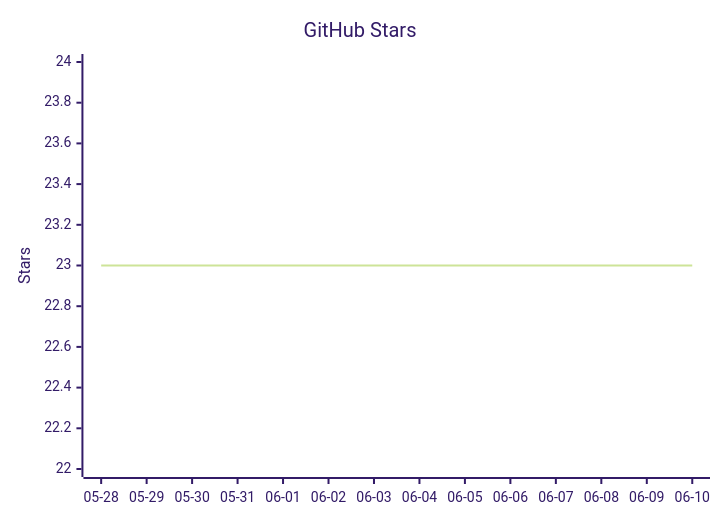
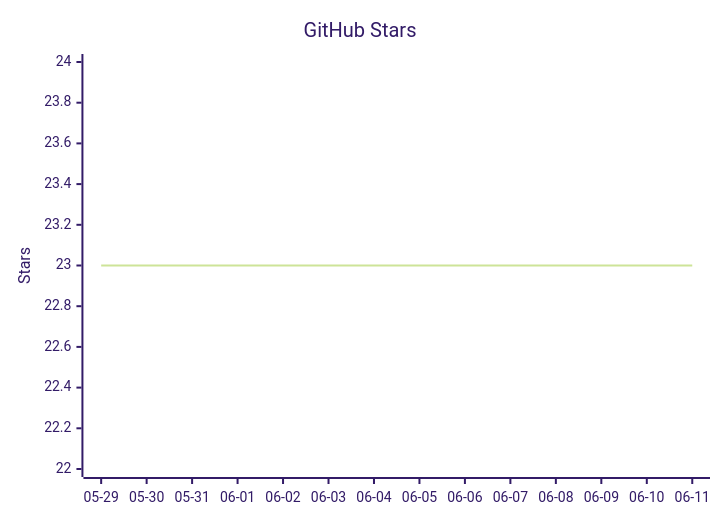
One commit to vectie/moonclaw changed the diagram in README.mbt.md. Above: the diagram before and after it, drawn with Mermaid (forest theme). The commit also changed other lines of this file and 1 other file, not shown here.

Commit message:
Update README star growth

````diff
--- a/README.mbt.md
+++ b/README.mbt.md
@@ -490,7 +490,7 @@
 ```mermaid
 xychart-beta
     title "GitHub Stars"
-    x-axis ["05-28","05-29","05-30","05-31","06-01","06-02","06-03","06-04","06-05","06-06","06-07","06-08","06-09","06-10"]
+    x-axis ["05-29","05-30","05-31","06-01","06-02","06-03","06-04","06-05","06-06","06-07","06-08","06-09","06-10","06-11"]
     y-axis "Stars" 22 --> 24
     line [23,23,23,23,23,23,23,23,23,23,23,23,23,23]
 ```
````
